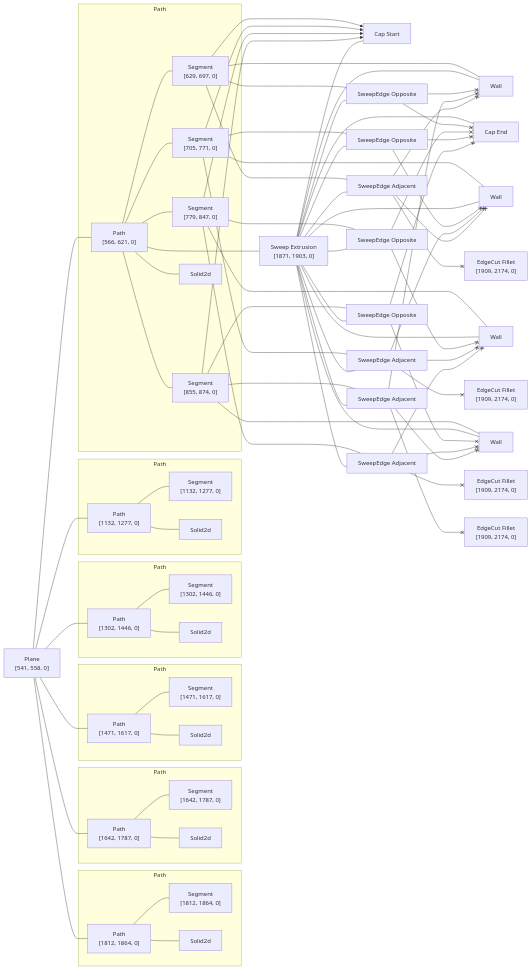
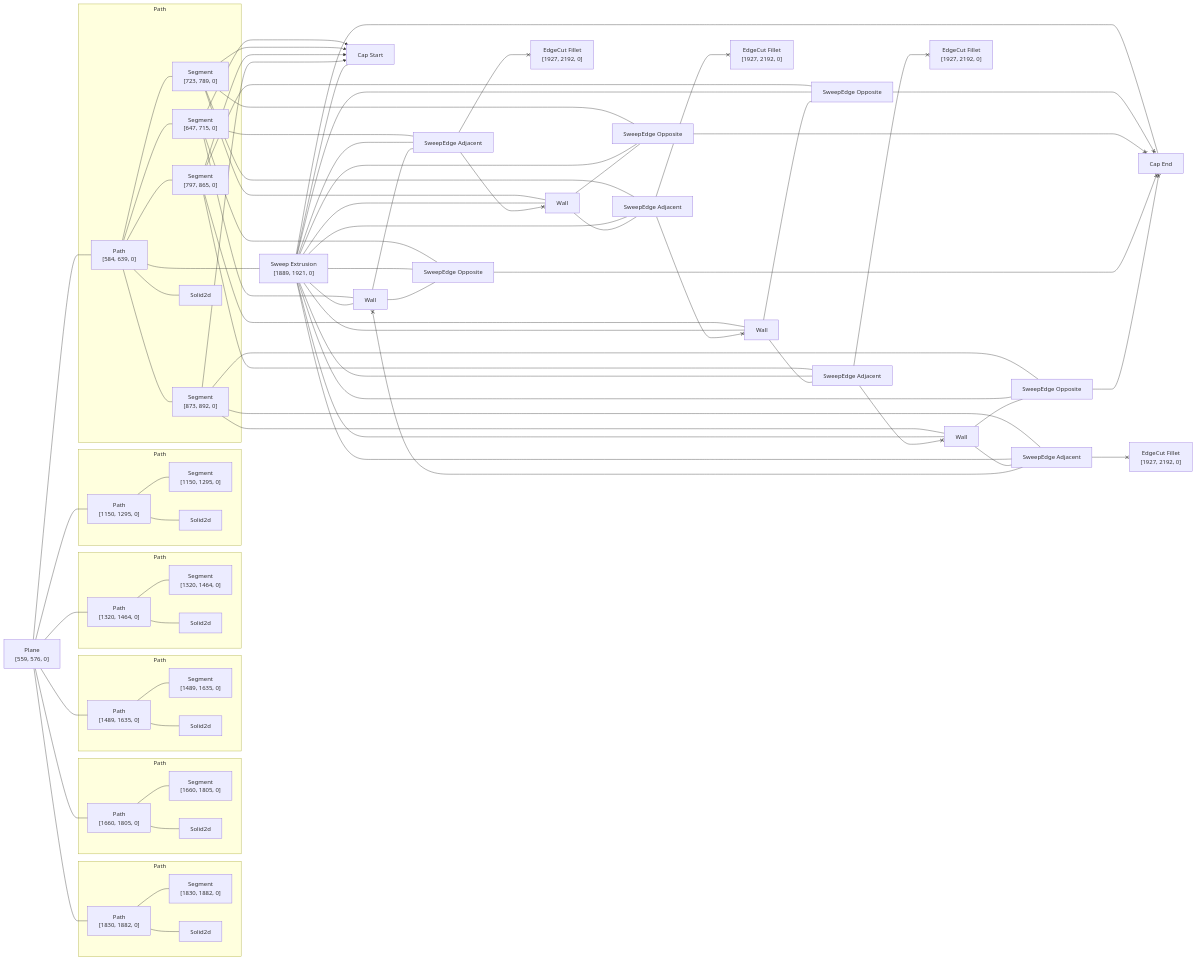
Before and after one commit to rajgandhi1/modeling-app: the diagram in rust/kcl-lib/tests/kcl_samples/mounting-plate/artifact_graph_flowchart.snap.md, drawn with Mermaid. The commit also changed 233 other files, not shown here.

````diff
--- a/rust/kcl-lib/tests/kcl_samples/mounting-plate/artifact_graph_flowchart.snap.md
+++ b/rust/kcl-lib/tests/kcl_samples/mounting-plate/artifact_graph_flowchart.snap.md
@@ -1,40 +1,40 @@
 ```mermaid
 flowchart LR
   subgraph path2 [Path]
-    2["Path<br>[566, 621, 0]"]
-    8["Segment<br>[629, 697, 0]"]
-    9["Segment<br>[705, 771, 0]"]
-    10["Segment<br>[779, 847, 0]"]
-    11["Segment<br>[855, 874, 0]"]
+    2["Path<br>[584, 639, 0]"]
+    8["Segment<br>[647, 715, 0]"]
+    9["Segment<br>[723, 789, 0]"]
+    10["Segment<br>[797, 865, 0]"]
+    11["Segment<br>[873, 892, 0]"]
     20[Solid2d]
   end
   subgraph path3 [Path]
-    3["Path<br>[1132, 1277, 0]"]
-    12["Segment<br>[1132, 1277, 0]"]
+    3["Path<br>[1150, 1295, 0]"]
+    12["Segment<br>[1150, 1295, 0]"]
     19[Solid2d]
   end
   subgraph path4 [Path]
-    4["Path<br>[1302, 1446, 0]"]
-    13["Segment<br>[1302, 1446, 0]"]
+    4["Path<br>[1320, 1464, 0]"]
+    13["Segment<br>[1320, 1464, 0]"]
     22[Solid2d]
   end
   subgraph path5 [Path]
-    5["Path<br>[1471, 1617, 0]"]
-    14["Segment<br>[1471, 1617, 0]"]
+    5["Path<br>[1489, 1635, 0]"]
+    14["Segment<br>[1489, 1635, 0]"]
     21[Solid2d]
   end
   subgraph path6 [Path]
-    6["Path<br>[1642, 1787, 0]"]
-    15["Segment<br>[1642, 1787, 0]"]
+    6["Path<br>[1660, 1805, 0]"]
+    15["Segment<br>[1660, 1805, 0]"]
     17[Solid2d]
   end
   subgraph path7 [Path]
-    7["Path<br>[1812, 1864, 0]"]
-    16["Segment<br>[1812, 1864, 0]"]
+    7["Path<br>[1830, 1882, 0]"]
+    16["Segment<br>[1830, 1882, 0]"]
     18[Solid2d]
   end
-  1["Plane<br>[541, 558, 0]"]
-  23["Sweep Extrusion<br>[1871, 1903, 0]"]
+  1["Plane<br>[559, 576, 0]"]
+  23["Sweep Extrusion<br>[1889, 1921, 0]"]
   24[Wall]
   25[Wall]
   26[Wall]
@@ -49,10 +49,10 @@
   35["SweepEdge Adjacent"]
   36["SweepEdge Adjacent"]
   37["SweepEdge Adjacent"]
-  38["EdgeCut Fillet<br>[1909, 2174, 0]"]
-  39["EdgeCut Fillet<br>[1909, 2174, 0]"]
-  40["EdgeCut Fillet<br>[1909, 2174, 0]"]
-  41["EdgeCut Fillet<br>[1909, 2174, 0]"]
+  38["EdgeCut Fillet<br>[1927, 2192, 0]"]
+  39["EdgeCut Fillet<br>[1927, 2192, 0]"]
+  40["EdgeCut Fillet<br>[1927, 2192, 0]"]
+  41["EdgeCut Fillet<br>[1927, 2192, 0]"]
   1 --- 2
   1 --- 3
   1 --- 4
@@ -77,20 +77,20 @@
   7 --- 18
   8 --- 27
   8 x--> 28
-  8 --- 30
-  8 --- 37
+  8 --- 32
+  8 --- 36
   9 --- 25
   9 x--> 28
-  9 --- 32
-  9 --- 34
+  9 --- 31
+  9 --- 37
   10 --- 24
   10 x--> 28
-  10 --- 31
-  10 --- 35
+  10 --- 30
+  10 --- 34
   11 --- 26
   11 x--> 28
   11 --- 33
-  11 --- 36
+  11 --- 35
   23 --- 24
   23 --- 25
   23 --- 26
@@ -105,24 +105,24 @@
   23 --- 35
   23 --- 36
   23 --- 37
-  31 <--x 24
-  34 <--x 24
-  35 <--x 24
-  32 <--x 25
-  34 <--x 25
-  37 <--x 25
-  33 <--x 26
-  35 <--x 26
-  36 <--x 26
-  30 <--x 27
-  36 <--x 27
-  37 <--x 27
+  24 --- 30
+  24 --- 34
+  37 <--x 24
+  25 --- 31
+  36 <--x 25
+  25 --- 37
+  26 --- 33
+  34 <--x 26
+  26 --- 35
+  27 --- 32
+  35 <--x 27
+  27 --- 36
   30 <--x 29
   31 <--x 29
   32 <--x 29
   33 <--x 29
-  34 <--x 39
-  35 <--x 41
-  36 <--x 40
-  37 <--x 38
+  34 <--x 38
+  35 <--x 40
+  36 <--x 39
+  37 <--x 41
 ```
````
